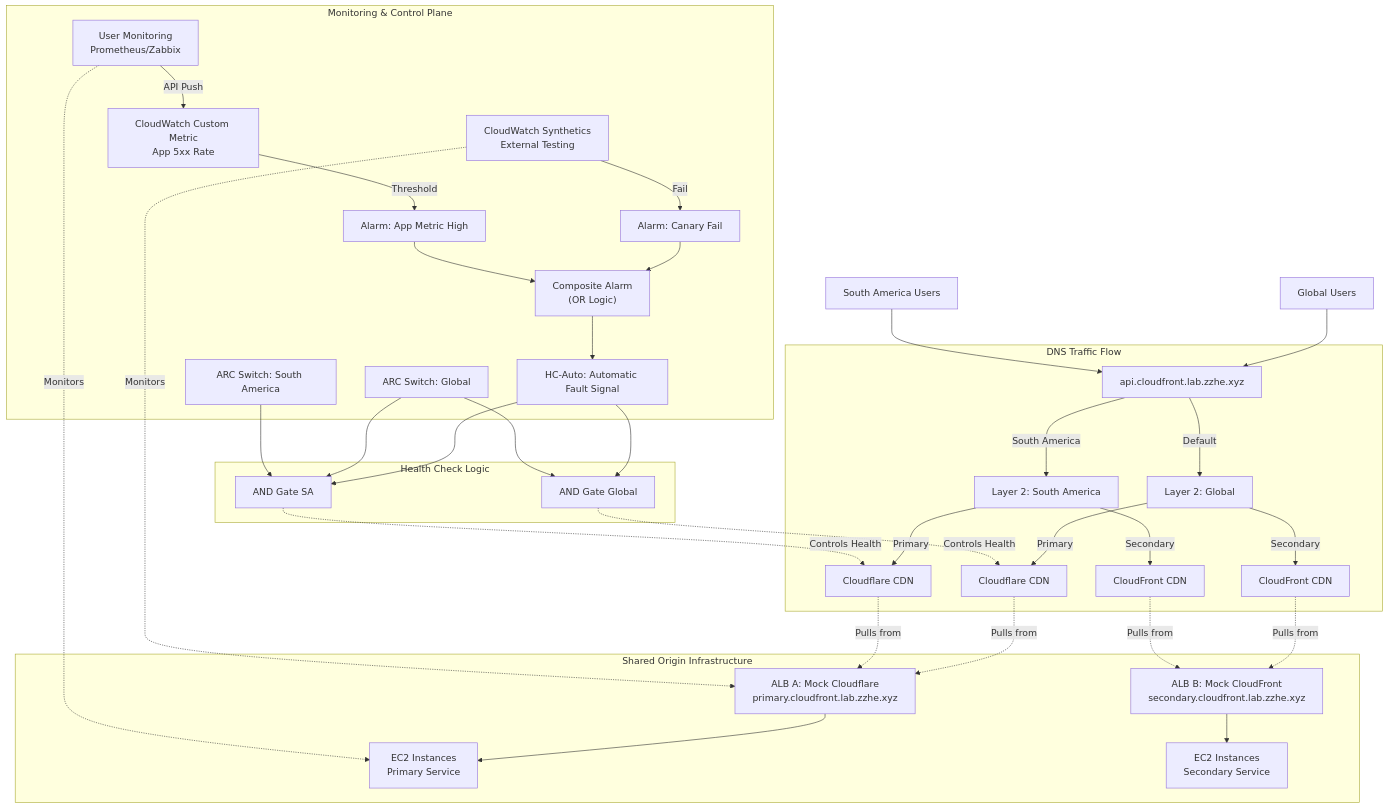
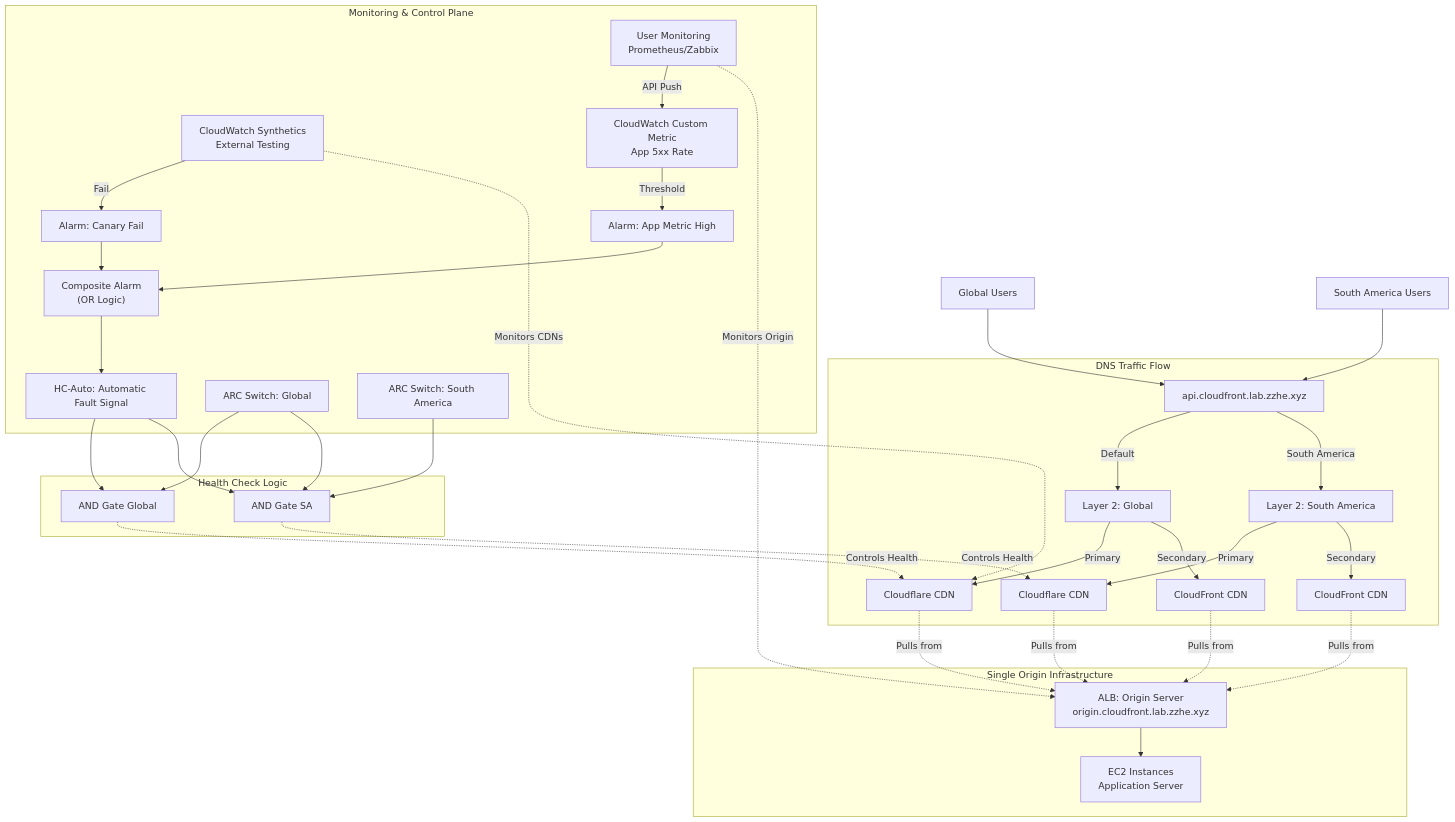
Before and after one commit to zhang1980s/aws-multi-cdn-control-lab: the diagram in README.md, drawn with Mermaid. The commit also changed other lines of this file and 1 other file, not shown here.

First line of the commit message:
Correct fundamental architecture: Single origin with dual CDN vendor failover

````diff
--- a/README.md
+++ b/README.md
@@ -37,67 +37,64 @@
 ```mermaid
 graph TD
     UserGlobal[Global Users]
     UserSA[South America Users]
 
     UserGlobal --> R53_Entry
     UserSA --> R53_Entry
 
     subgraph DNS["DNS Traffic Flow"]
         R53_Entry["api.cloudfront.lab.zzhe.xyz"] -->|Default| R53_Global["Layer 2: Global"]
         R53_Entry -->|South America| R53_SA["Layer 2: South America"]
 
         R53_Global -->|Primary| CF_Global[Cloudflare CDN]
         R53_Global -->|Secondary| AWS_Global[CloudFront CDN]
 
         R53_SA -->|Primary| CF_SA[Cloudflare CDN]
         R53_SA -->|Secondary| AWS_SA[CloudFront CDN]
     end
 
-    subgraph Origin["Shared Origin Infrastructure"]
-        ALB_Primary["ALB A: Mock Cloudflare<br/>primary.cloudfront.lab.zzhe.xyz"]
-        ALB_Secondary["ALB B: Mock CloudFront<br/>secondary.cloudfront.lab.zzhe.xyz"]
-        EC2_Primary["EC2 Instances<br/>Primary Service"]
-        EC2_Secondary["EC2 Instances<br/>Secondary Service"]
+    subgraph Origin["Single Origin Infrastructure"]
+        ALB_Origin["ALB: Origin Server<br/>origin.cloudfront.lab.zzhe.xyz"]
+        EC2_Origin["EC2 Instances<br/>Application Server"]
 
-        ALB_Primary --> EC2_Primary
-        ALB_Secondary --> EC2_Secondary
+        ALB_Origin --> EC2_Origin
     end
 
     subgraph Monitor["Monitoring & Control Plane"]
         CW_Canary["CloudWatch Synthetics<br/>External Testing"] -->|Fail| Alarm_AWS["Alarm: Canary Fail"]
 
         User_Sys["User Monitoring<br/>Prometheus/Zabbix"] -->|API Push| CW_Metric["CloudWatch Custom Metric<br/>App 5xx Rate"]
         CW_Metric -->|Threshold| Alarm_User["Alarm: App Metric High"]
 
         Alarm_AWS --> Composite_Alarm["Composite Alarm<br/>(OR Logic)"]
         Alarm_User --> Composite_Alarm
 
         Composite_Alarm --> HC_Auto["HC-Auto: Automatic Fault Signal"]
 
         ARC_Global["ARC Switch: Global"]
         ARC_SA["ARC Switch: South America"]
     end
 
     subgraph Logic["Health Check Logic"]
         HC_Auto --> Calc_G["AND Gate Global"]
         ARC_Global --> Calc_G
 
         HC_Auto --> Calc_SA["AND Gate SA"]
         ARC_Global --> Calc_SA
         ARC_SA --> Calc_SA
     end
 
-    %% CDNs pull from shared origin
-    CF_Global -.->|Pulls from| ALB_Primary
-    AWS_Global -.->|Pulls from| ALB_Secondary
-    CF_SA -.->|Pulls from| ALB_Primary
-    AWS_SA -.->|Pulls from| ALB_Secondary
+    %% Both CDNs pull from single origin
+    CF_Global -.->|Pulls from| ALB_Origin
+    AWS_Global -.->|Pulls from| ALB_Origin
+    CF_SA -.->|Pulls from| ALB_Origin
+    AWS_SA -.->|Pulls from| ALB_Origin
 
-    %% Health checks monitor CDN availability
+    %% Health checks monitor CDN availability (not origin)
     Calc_G -.->|Controls Health| CF_Global
     Calc_SA -.->|Controls Health| CF_SA
 
-    %% Origin monitoring
-    CW_Canary -.->|Monitors| ALB_Primary
-    User_Sys -.->|Monitors| EC2_Primary
+    %% Origin monitoring (single origin)
+    CW_Canary -.->|Monitors CDNs| CF_Global
+    User_Sys -.->|Monitors Origin| ALB_Origin
 ```
````
